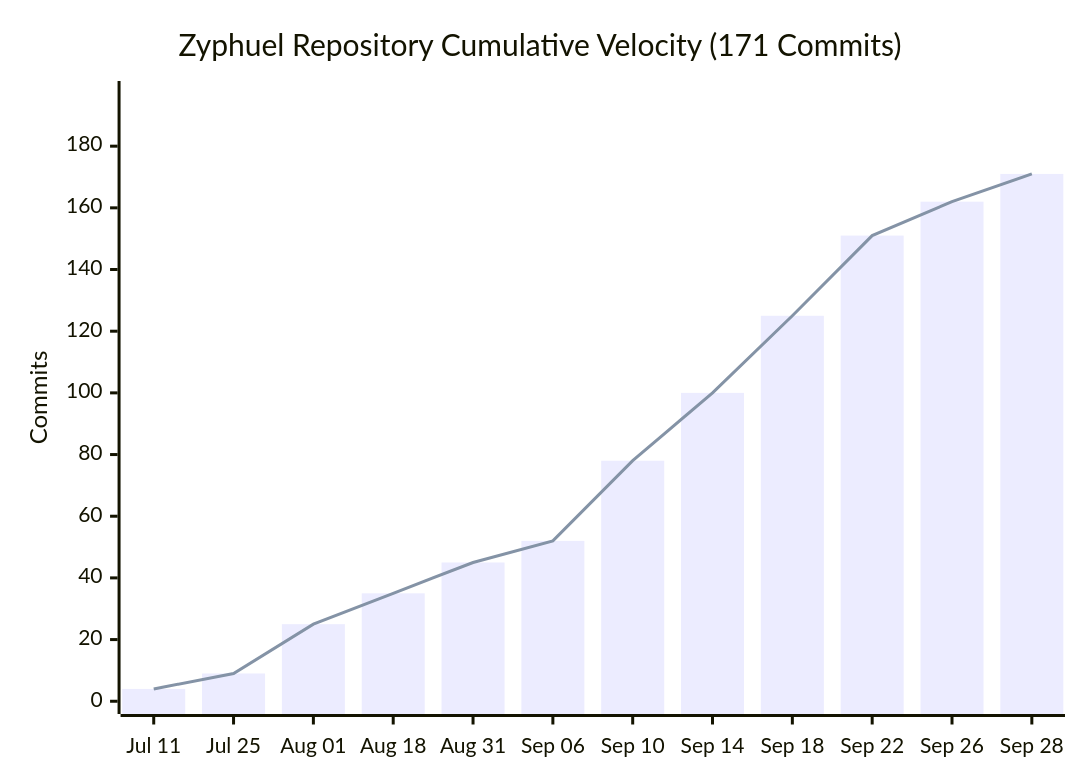
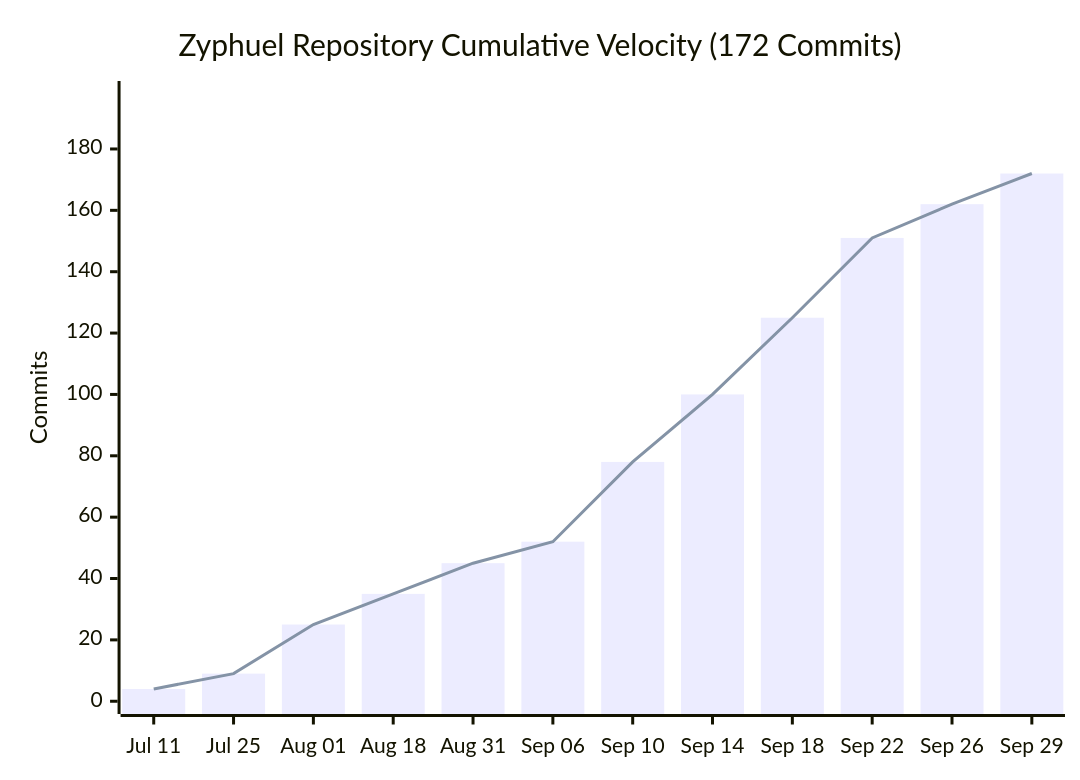
The diagram in README.md (daniyal44/Zyphuel), drawn with Mermaid before and after one commit. The commit also changed other lines of this file and 8 other files, not shown here.

````diff
--- a/README.md
+++ b/README.md
@@ -155,8 +155,8 @@
 ```mermaid
 xychart-beta
-    title "Zyphuel Repository Cumulative Velocity (171 Commits)"
-    x-axis ["Jul 11", "Jul 25", "Aug 01", "Aug 18", "Aug 31", "Sep 06", "Sep 10", "Sep 14", "Sep 18", "Sep 22", "Sep 26", "Sep 28"]
-    y-axis "Commits" 0 --> 197
-    bar [4, 9, 25, 35, 45, 52, 78, 100, 125, 151, 162, 171]
-    line [4, 9, 25, 35, 45, 52, 78, 100, 125, 151, 162, 171]
+    title "Zyphuel Repository Cumulative Velocity (172 Commits)"
+    x-axis ["Jul 11", "Jul 25", "Aug 01", "Aug 18", "Aug 31", "Sep 06", "Sep 10", "Sep 14", "Sep 18", "Sep 22", "Sep 26", "Sep 29"]
+    y-axis "Commits" 0 --> 198
+    bar [4, 9, 25, 35, 45, 52, 78, 100, 125, 151, 162, 172]
+    line [4, 9, 25, 35, 45, 52, 78, 100, 125, 151, 162, 172]
 ```
````
